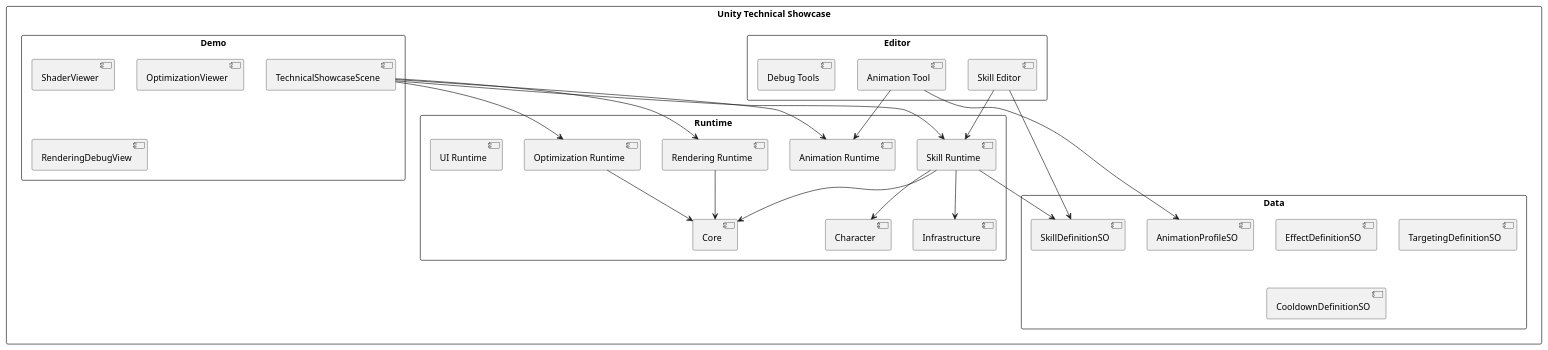
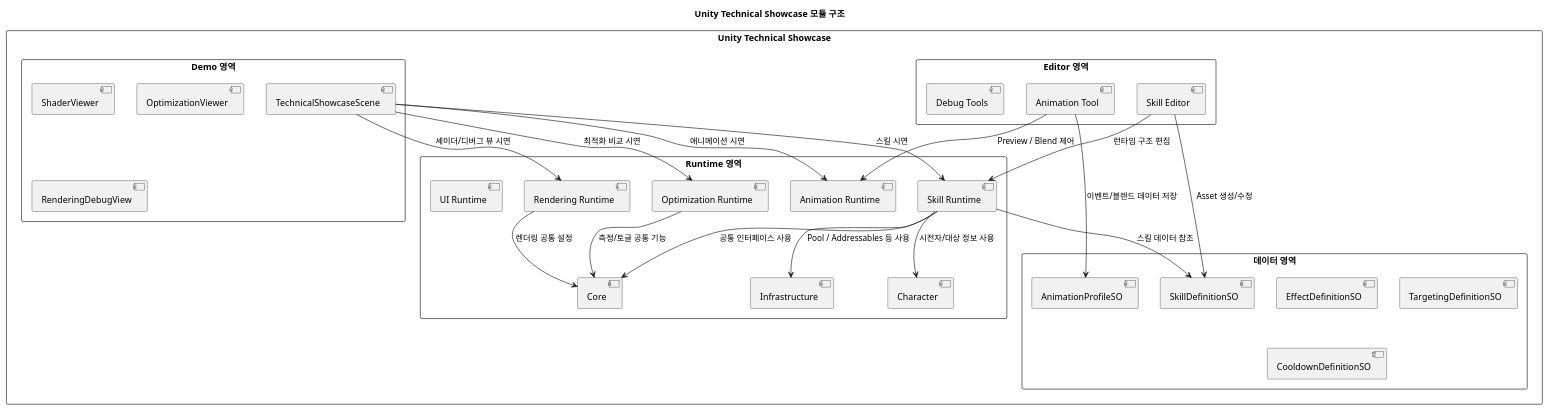
Before and after one commit to starkshn/md-docs: the diagram in shared/uml/UnityPortfolioArchitecture.puml, drawn with PlantUML. The commit also changed 24 other files, not shown here.

Commit message:
docs: localize PlantUML labels to Korean

```diff
--- a/shared/uml/UnityPortfolioArchitecture.puml
+++ b/shared/uml/UnityPortfolioArchitecture.puml
@@ -1,47 +1,50 @@
 @startuml
 skinparam packageStyle rectangle
+
+title Unity Technical Showcase 모듈 구조
+
 package "Unity Technical Showcase" {
-  package Runtime {
+  package "Runtime 영역" {
     [Core]
     [Character]
     [Skill Runtime]
     [Animation Runtime]
     [Rendering Runtime]
     [Optimization Runtime]
     [UI Runtime]
     [Infrastructure]
   }
-  package Editor {
+  package "Editor 영역" {
     [Skill Editor]
     [Animation Tool]
     [Debug Tools]
   }
-  package Data {
+  package "데이터 영역" {
     [SkillDefinitionSO]
     [EffectDefinitionSO]
     [TargetingDefinitionSO]
     [CooldownDefinitionSO]
     [AnimationProfileSO]
   }
-  package Demo {
+  package "Demo 영역" {
     [TechnicalShowcaseScene]
     [ShaderViewer]
     [OptimizationViewer]
     [RenderingDebugView]
   }
 }
-[Skill Runtime] --> [Core]
-[Skill Runtime] --> [Character]
-[Skill Runtime] --> [Infrastructure]
-[Skill Runtime] --> [SkillDefinitionSO]
-[Skill Editor] --> [Skill Runtime]
-[Skill Editor] --> [SkillDefinitionSO]
-[Animation Tool] --> [Animation Runtime]
-[Animation Tool] --> [AnimationProfileSO]
-[Rendering Runtime] --> [Core]
-[Optimization Runtime] --> [Core]
-[TechnicalShowcaseScene] --> [Skill Runtime]
-[TechnicalShowcaseScene] --> [Animation Runtime]
-[TechnicalShowcaseScene] --> [Rendering Runtime]
-[TechnicalShowcaseScene] --> [Optimization Runtime]
+[Skill Runtime] --> [Core] : 공통 인터페이스 사용
+[Skill Runtime] --> [Character] : 시전자/대상 정보 사용
+[Skill Runtime] --> [Infrastructure] : Pool / Addressables 등 사용
+[Skill Runtime] --> [SkillDefinitionSO] : 스킬 데이터 참조
+[Skill Editor] --> [Skill Runtime] : 런타임 구조 편집
+[Skill Editor] --> [SkillDefinitionSO] : Asset 생성/수정
+[Animation Tool] --> [Animation Runtime] : Preview / Blend 제어
+[Animation Tool] --> [AnimationProfileSO] : 이벤트/블렌드 데이터 저장
+[Rendering Runtime] --> [Core] : 렌더링 공통 설정
+[Optimization Runtime] --> [Core] : 측정/토글 공통 기능
+[TechnicalShowcaseScene] --> [Skill Runtime] : 스킬 시연
+[TechnicalShowcaseScene] --> [Animation Runtime] : 애니메이션 시연
+[TechnicalShowcaseScene] --> [Rendering Runtime] : 셰이더/디버그 뷰 시연
+[TechnicalShowcaseScene] --> [Optimization Runtime] : 최적화 비교 시연
 @enduml
```
